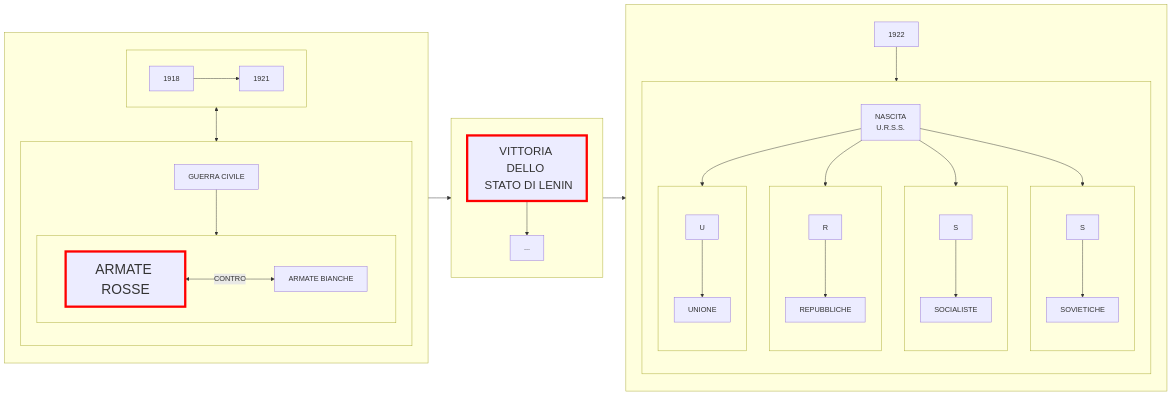
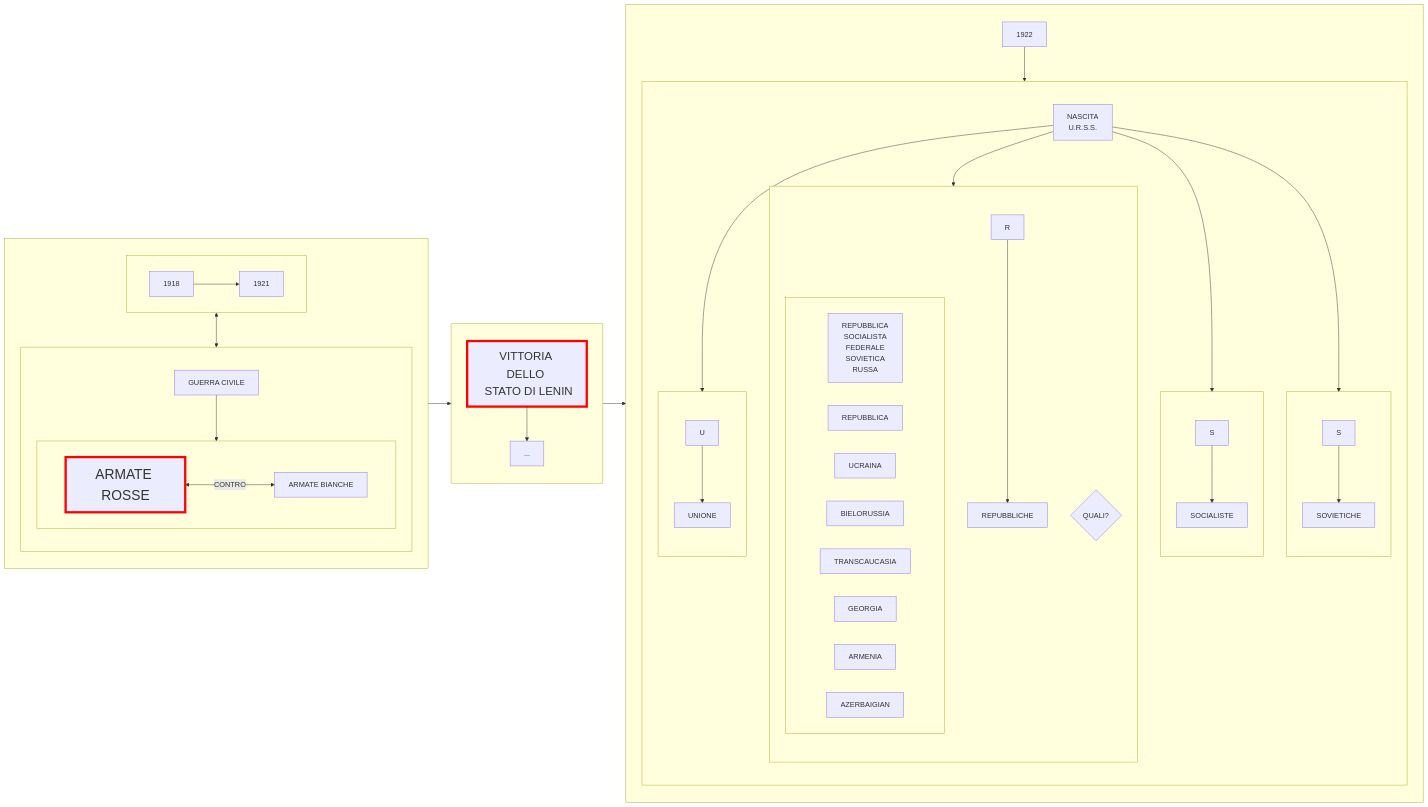
Before and after one commit to Laaouatni/ricerca-storia-MermaidJS: the diagram in prova.md, drawn with Mermaid.

````diff
--- a/prova.md
+++ b/prova.md
@@ -1,70 +1,81 @@
 ```mermaid
 flowchart LR;
     subgraph 0[" "]
         direction TB;
         subgraph 01[" "]
             direction LR;
             010[1918]
             011[1921]
             010 --> 011
         end
         01 <--> 02
 
         subgraph 02[" "]
             direction TB;
             020[GUERRA CIVILE]
             subgraph 021[" "]
                 direction LR;
                 0210[ARMATE ROSSE]
                 style 0210 stroke:#ff0000,stroke-width:5px, font-size:30px;
                 0211[ARMATE BIANCHE]
                 0210 <-->|CONTRO| 0211
             end
             020 --> 021
         end
     end
 
     subgraph 030[" "]
         1[VITTORIA DELLO <BR> STATO DI LENIN]
         10[...]
         1 --> 10
         style 1 stroke:#ff0000,stroke-width:5px, font-size:25px;
     end
     0 --> 030
 
     030 --> 2
 
     subgraph 2[" "]
       20[1922]
       subgraph 200[" "]
         direction TB;
         2000[NASCITA <br> U.R.S.S.]
         subgraph 21[" "]
           direction TB;
           210[U]
           2100[UNIONE]
           210 --> 2100
         end
         subgraph 22[" "]
           direction TB;
           220[R]
           2200[REPUBBLICHE]
+          22000{QUALI?}
+          subgraph 3[" "]
+            30[REPUBBLICA <br> SOCIALISTA <br> FEDERALE <br> SOVIETICA <br> RUSSA]
+            31[REPUBBLICA]
+            310[UCRAINA]
+            311[BIELORUSSIA]
+            312[TRANSCAUCASIA]
+            3120[GEORGIA]
+            3121[ARMENIA]
+            3122[AZERBAIGIAN]
+          end
           220 --> 2200
         end
         subgraph 23[" "]
           direction TB;
           230[S]
           2300[SOCIALISTE]
           230 --> 2300
         end
         subgraph 24[" "]
           direction TB;
           240[S]
           2400[SOVIETICHE]
           240 --> 2400
         end
         2000 --> 21 & 22 & 23 & 24
       end
       20 --> 200
     end
 ```
````
